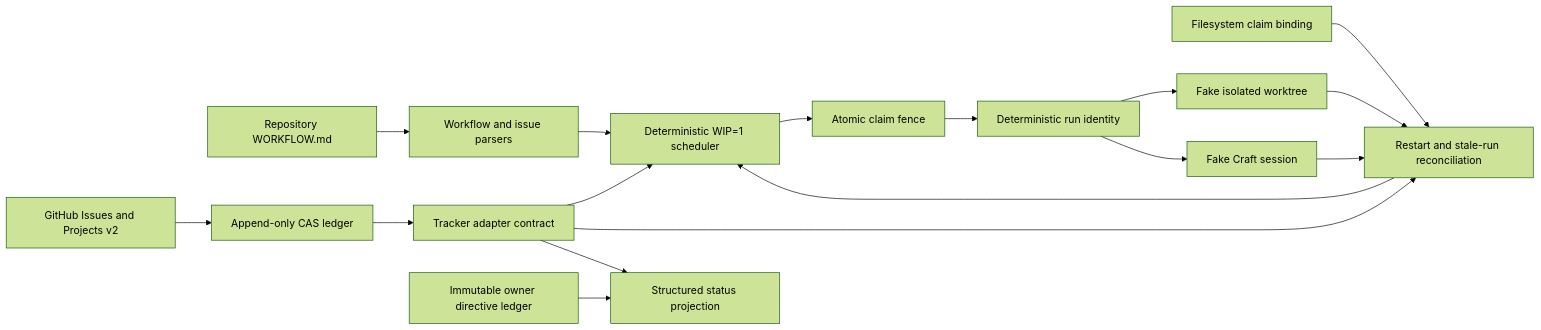
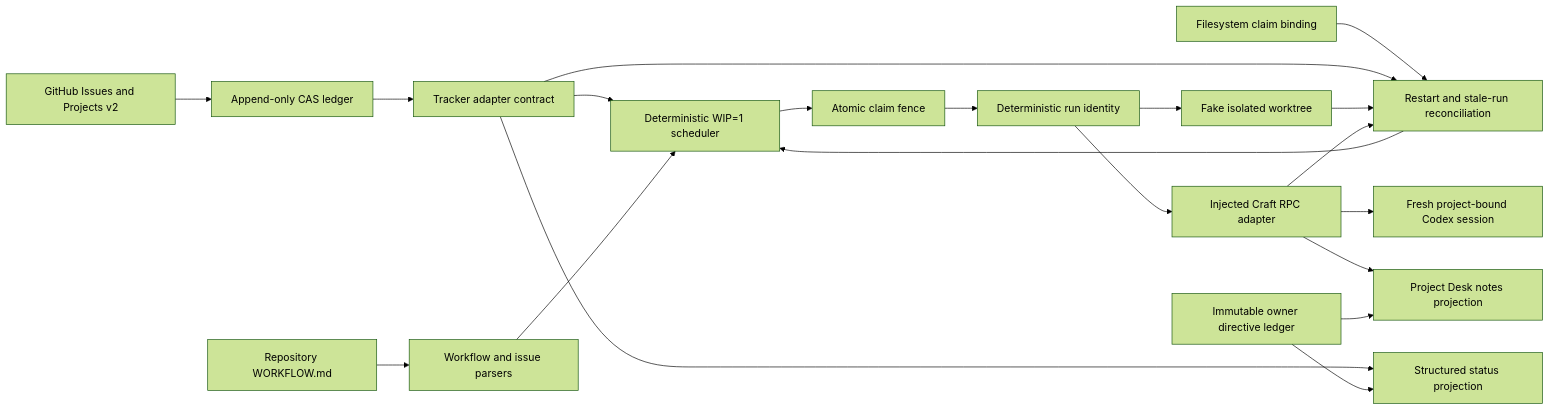
Before and after one commit to razumv/craft-protocol: the diagram in v4/README.md, drawn with Mermaid (forest theme). The commit also changed other lines of this file and 9 other files, not shown here.

First line of the commit message:
feat(v4): add Craft mobile control-plane adapter (#51)

````diff
--- a/v4/README.md
+++ b/v4/README.md
@@ -7,19 +7,22 @@
 ```mermaid
 graph LR
     W[Repository WORKFLOW.md] --> P[Workflow and issue parsers]
     G[Tracker adapter contract] --> S[Deterministic WIP=1 scheduler]
     GH[GitHub Issues and Projects v2] --> L[Append-only CAS ledger]
     L --> G
     FS[Filesystem claim binding] --> R
     P --> S
     S --> C[Atomic claim fence]
     C --> I[Deterministic run identity]
     I --> T[Fake isolated worktree]
-    I --> A[Fake Craft session]
+    I --> A[Injected Craft RPC adapter]
+    A --> X[Fresh project-bound Codex session]
+    A --> D[Project Desk notes projection]
     G --> R[Restart and stale-run reconciliation]
     T --> R
     A --> R
     R --> S
     G --> O[Structured status projection]
-    D[Immutable owner directive ledger] --> O
+    Q[Immutable owner directive ledger] --> O
+    Q --> D
 ```
````
